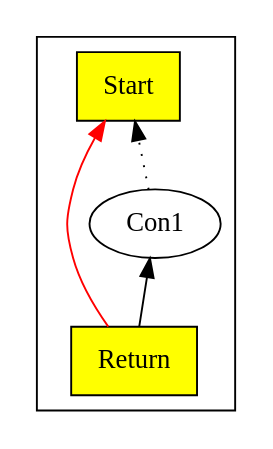
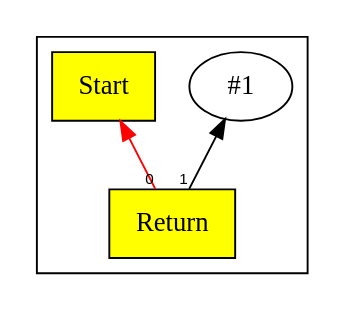
Before and after one commit to SeaOfNodes/Simple: the diagram in chapter01/docs/01-graph.gv, drawn with Graphviz. The commit also changed 14 other files, not shown here.

```diff
--- a/chapter01/docs/01-graph.gv
+++ b/chapter01/docs/01-graph.gv
@@ -1,11 +1,16 @@
 digraph chapter01 {
+/*
+return 1;
+*/
 	rankdir=BT;
+	ordering="in";
+	concentrate="true";
 	subgraph cluster_Nodes {
 		Start1 [ shape=box style=filled fillcolor=yellow label="Start" ];
-		Con12 [ label="Con1" ];
+		Con_2 [ label="#1" ];
 		Return3 [ shape=box style=filled fillcolor=yellow label="Return" ];
 	}
-	Con12 -> Start1 [style=dotted];
-	Return3 -> Start1 [color=red];
-	Return3 -> Con12;
+	edge [ fontname=Helvetica, fontsize=8 ];
+	Return3 -> Start1[taillabel=0; color=red];
+	Return3 -> Con_2[taillabel=1];
 }
```
